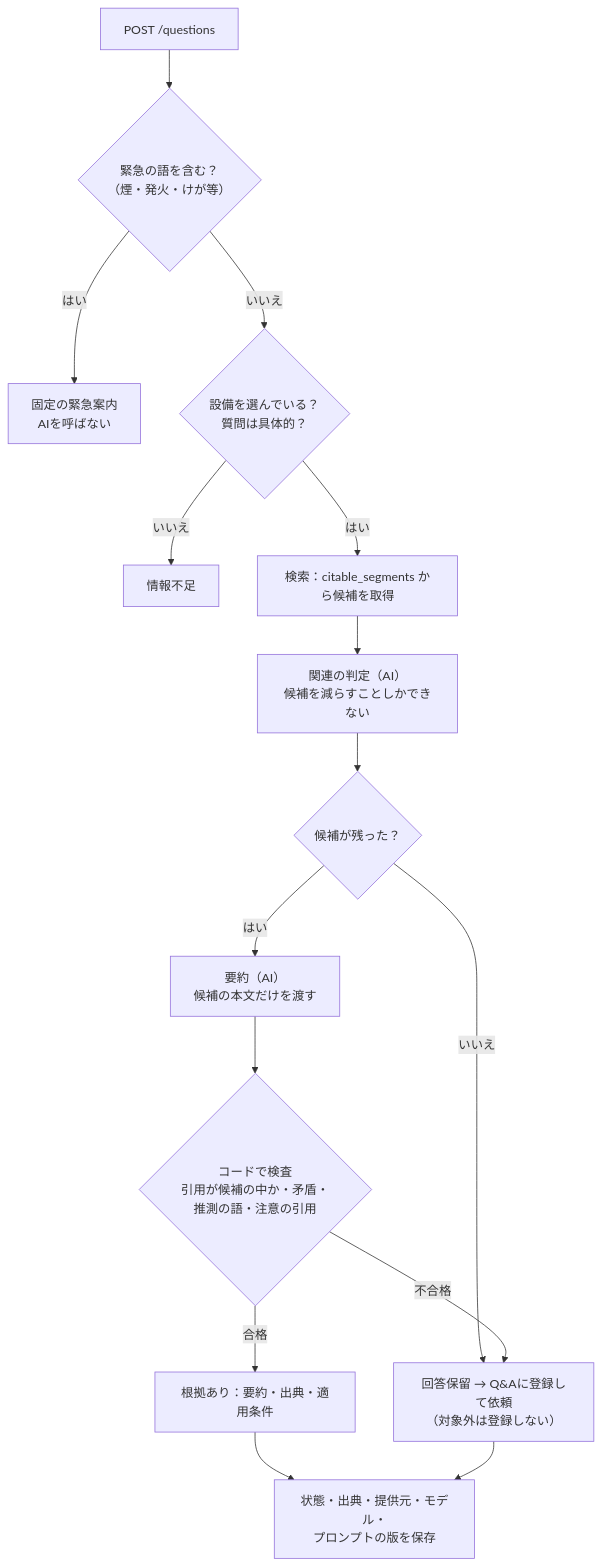
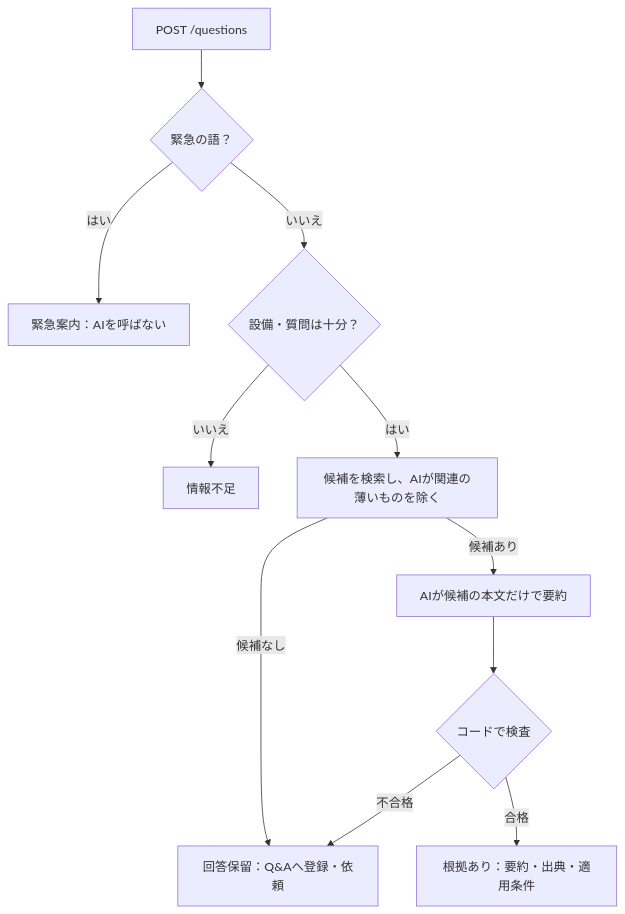
Before and after one commit to Technarra/kojo-portfolio: the second of 2 diagrams in docs/05_architecture.md, drawn with Mermaid. The commit also changed other lines of this file and 1 other file, not shown here.

Commit message:
docs: UXフローとアーキテクチャの図を読みやすい大きさに整える

````diff
--- a/docs/05_architecture.md
+++ b/docs/05_architecture.md
@@ -87,17 +78,13 @@
 ```mermaid
 flowchart TD
-    Q["POST /questions"] --> E{"緊急の語を含む？<br/>（煙・発火・けが等）"}
-    E -->|はい| Em["固定の緊急案内<br/>AIを呼ばない"]
-    E -->|いいえ| S{"設備を選んでいる？<br/>質問は具体的？"}
+    Q["POST /questions"] --> E{"緊急の語？"}
+    E -->|はい| Em["緊急案内：AIを呼ばない"]
+    E -->|いいえ| S{"設備・質問は十分？"}
     S -->|いいえ| NI["情報不足"]
-    S -->|はい| R["検索：citable_segments から候補を取得"]
-    R --> J["関連の判定（AI）<br/>候補を減らすことしかできない"]
-    J --> C{"候補が残った？"}
-    C -->|いいえ| W["回答保留 → Q&Aに登録して依頼<br/>（対象外は登録しない）"]
-    C -->|はい| Sum["要約（AI）<br/>候補の本文だけを渡す"]
-    Sum --> V{"コードで検査<br/>引用が候補の中か・矛盾・推測の語・注意の引用"}
+    S -->|はい| R["候補を検索し、AIが関連の薄いものを除く"]
+    R -->|"候補なし"| W["回答保留：Q&Aへ登録・依頼"]
+    R -->|"候補あり"| Sum["AIが候補の本文だけで要約"]
+    Sum --> V{"コードで検査"}
     V -->|合格| A["根拠あり：要約・出典・適用条件"]
     V -->|不合格| W
-    A --> Save["状態・出典・提供元・モデル・<br/>プロンプトの版を保存"]
-    W --> Save
 ```
````
